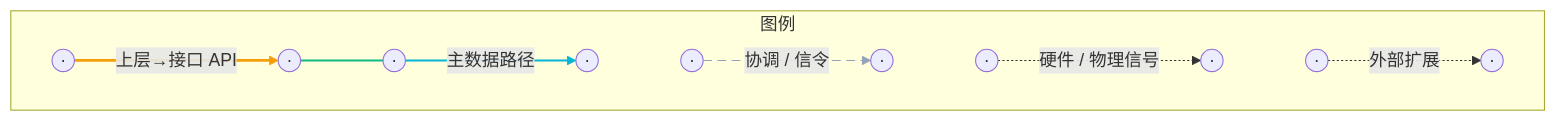
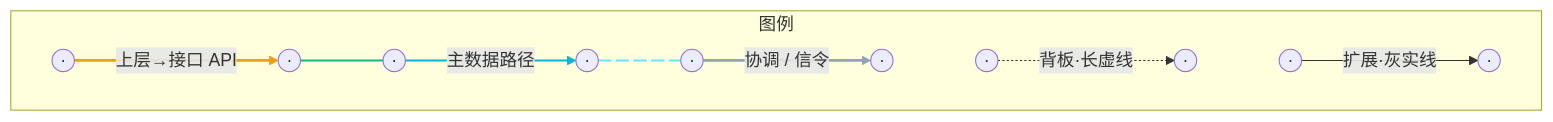
Before and after one commit to zxremail/cursor.config_mcp_rules_skills: the ninth of 9 diagrams in skills/mermaid-flowchart-layout/SKILL.md, drawn with Mermaid. The commit also changed other lines of this file, not shown here.

Commit message:
ooo000ooo

````diff
--- a/skills/mermaid-flowchart-layout/SKILL.md
+++ b/skills/mermaid-flowchart-layout/SKILL.md
@@ -235,21 +236,21 @@
 ```mermaid
 %%{init: {'theme': 'dark', 'flowchart': {'padding': 6, 'nodeSpacing': 12, 'rankSpacing': 18}, ...}}%%
 flowchart LR
     subgraph LEG["图例"]
         direction LR
         A1((·)) ==>|上层→接口 API| B1((·))
         B1 ~~~ A2
         A2((·)) -->|主数据路径| B2((·))
         B2 ~~~ A3
         A3((·)) -->|协调 / 信令| B3((·))
         B3 ~~~ A4
-        A4((·)) -.->|硬件 / 物理信号| B4((·))
+        A4((·)) -.->|背板·长虚线| B4((·))
         B4 ~~~ A5
-        A5((·)) -.->|外部扩展| B5((·))
+        A5((·)) -->|扩展·灰实线| B5((·))
     end
     linkStyle 0 stroke:#F59E0B,stroke-width:2.5px
     linkStyle 1 stroke:#10B981,stroke-width:2px
     linkStyle 2 stroke:#06B6D4,stroke-width:2px
-    linkStyle 3 stroke:#67E8F9,stroke-dasharray:6 4
-    linkStyle 4 stroke:#94A3B8,stroke-dasharray:8 5
+    linkStyle 3 stroke:#67E8F9,stroke-width:2px,stroke-dasharray:12 4
+    linkStyle 4 stroke:#94A3B8,stroke-width:2.5px
 ```
````
